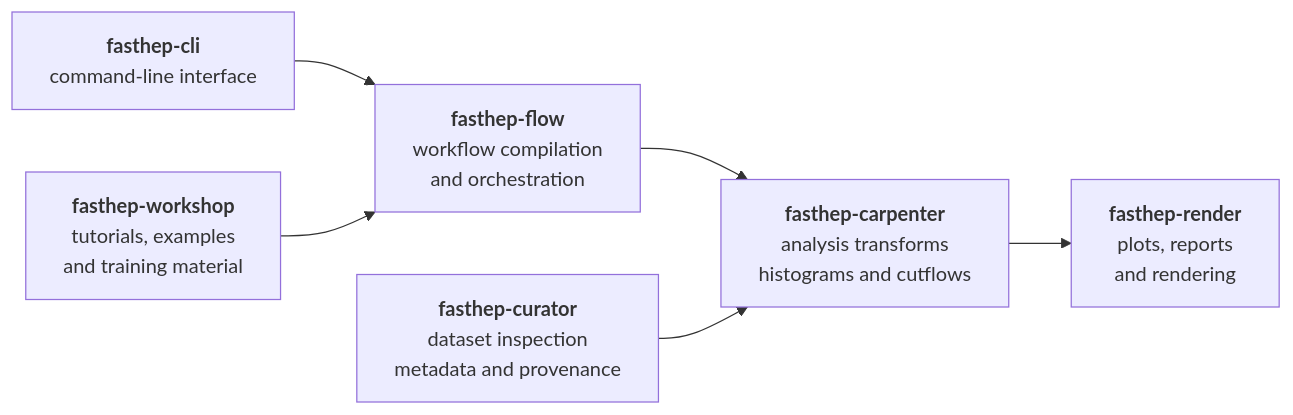
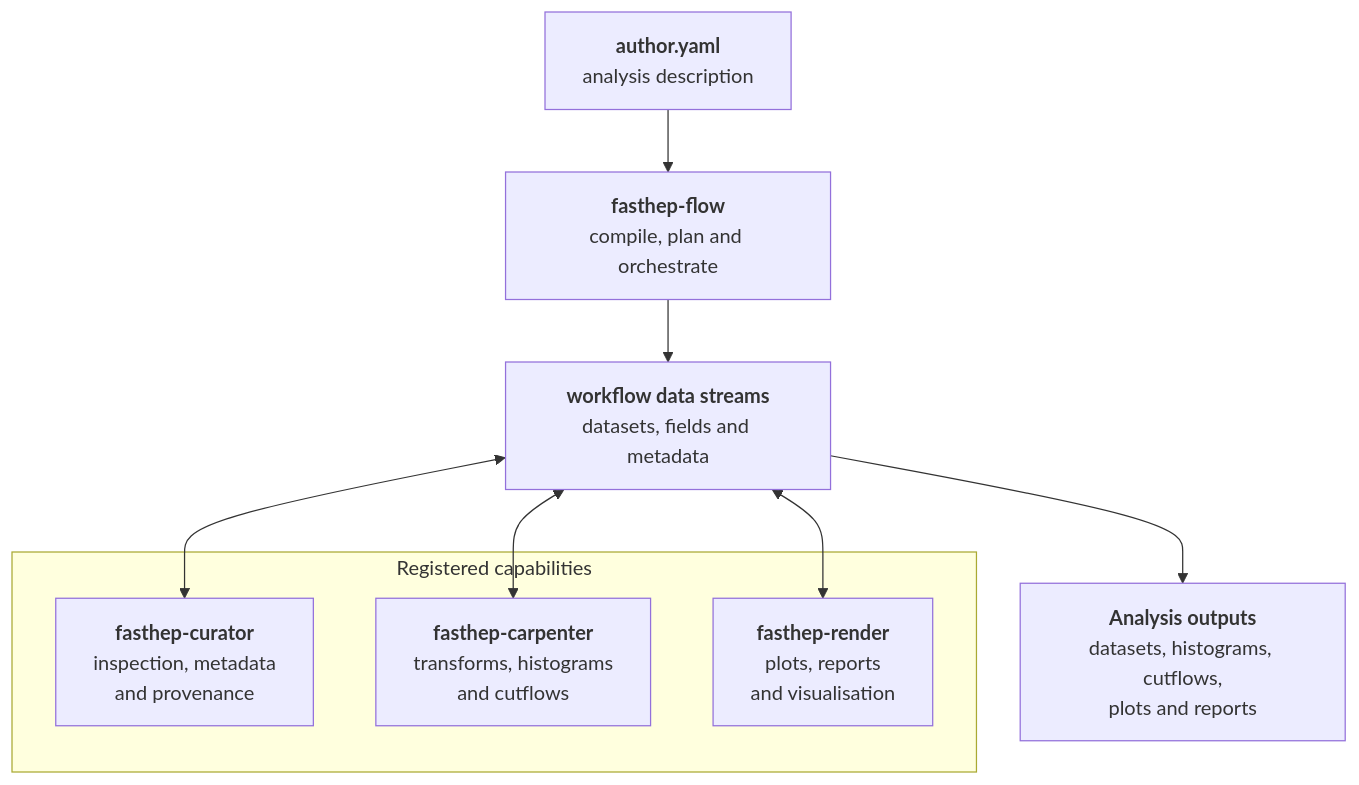
Before and after one commit to FAST-HEP/fast-hep.github.io: the second of 2 diagrams in content/_index.md, drawn with Mermaid. The commit also changed other lines of this file and 11 other files, not shown here.

````diff
--- a/content/_index.md
+++ b/content/_index.md
@@ -38,21 +30,25 @@
 ```mermaid
-flowchart LR
+flowchart TD
 
-    Flow["<b>fasthep-flow</b><br/>workflow compilation<br/>and orchestration"]
+    Author["<b>author.yaml</b><br/>analysis description"]
+    Flow["<b>fasthep-flow</b><br/>compile, plan and orchestrate"]
 
-    Curator["<b>fasthep-curator</b><br/>dataset inspection<br/>metadata and provenance"]
+    Stream["<b>workflow data streams</b><br/>datasets, fields and metadata"]
 
-    Carpenter["<b>fasthep-carpenter</b><br/>analysis transforms<br/>histograms and cutflows"]
+    subgraph Capabilities["Registered capabilities"]
+        Curator["<b>fasthep-curator</b><br/>inspection, metadata<br/>and provenance"]
+        Carpenter["<b>fasthep-carpenter</b><br/>transforms, histograms<br/>and cutflows"]
+        Render["<b>fasthep-render</b><br/>plots, reports<br/>and visualisation"]
+    end
 
-    Render["<b>fasthep-render</b><br/>plots, reports<br/>and rendering"]
+    Outputs["<b>Analysis outputs</b><br/>datasets, histograms, cutflows,<br/>plots and reports"]
 
-    CLI["<b>fasthep-cli</b><br/>command-line interface"]
+    Author --> Flow
+    Flow --> Stream
 
-    Workshop["<b>fasthep-workshop</b><br/>tutorials, examples<br/>and training material"]
+    Stream <--> Curator
+    Stream <--> Carpenter
+    Stream <--> Render
 
-    Flow --> Carpenter
-    Curator --> Carpenter
-    Carpenter --> Render
-    CLI --> Flow
-    Workshop --> Flow
+    Stream --> Outputs
 ```
````
